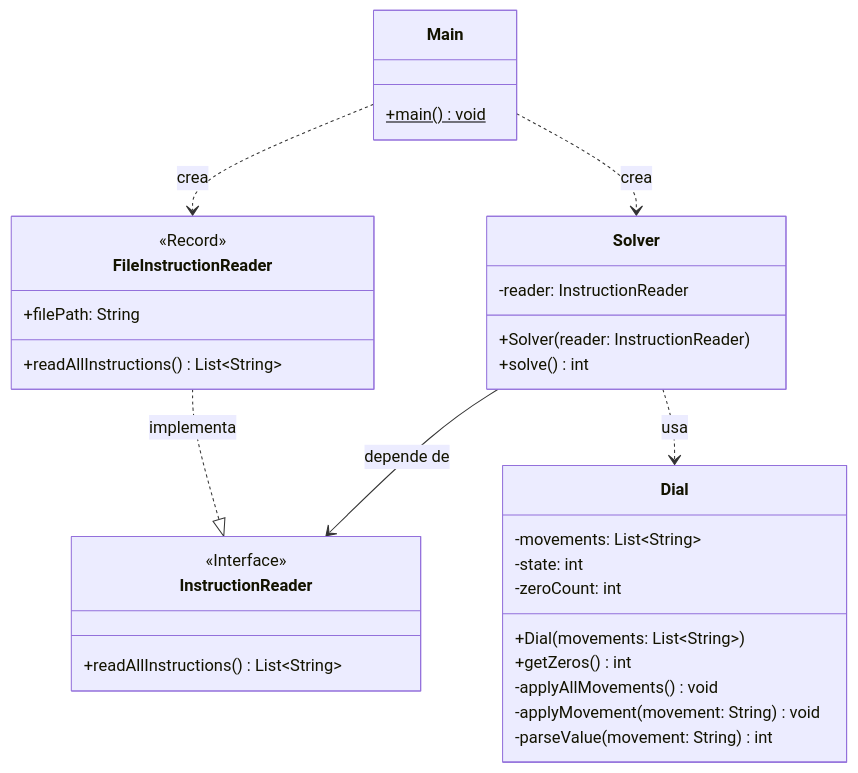
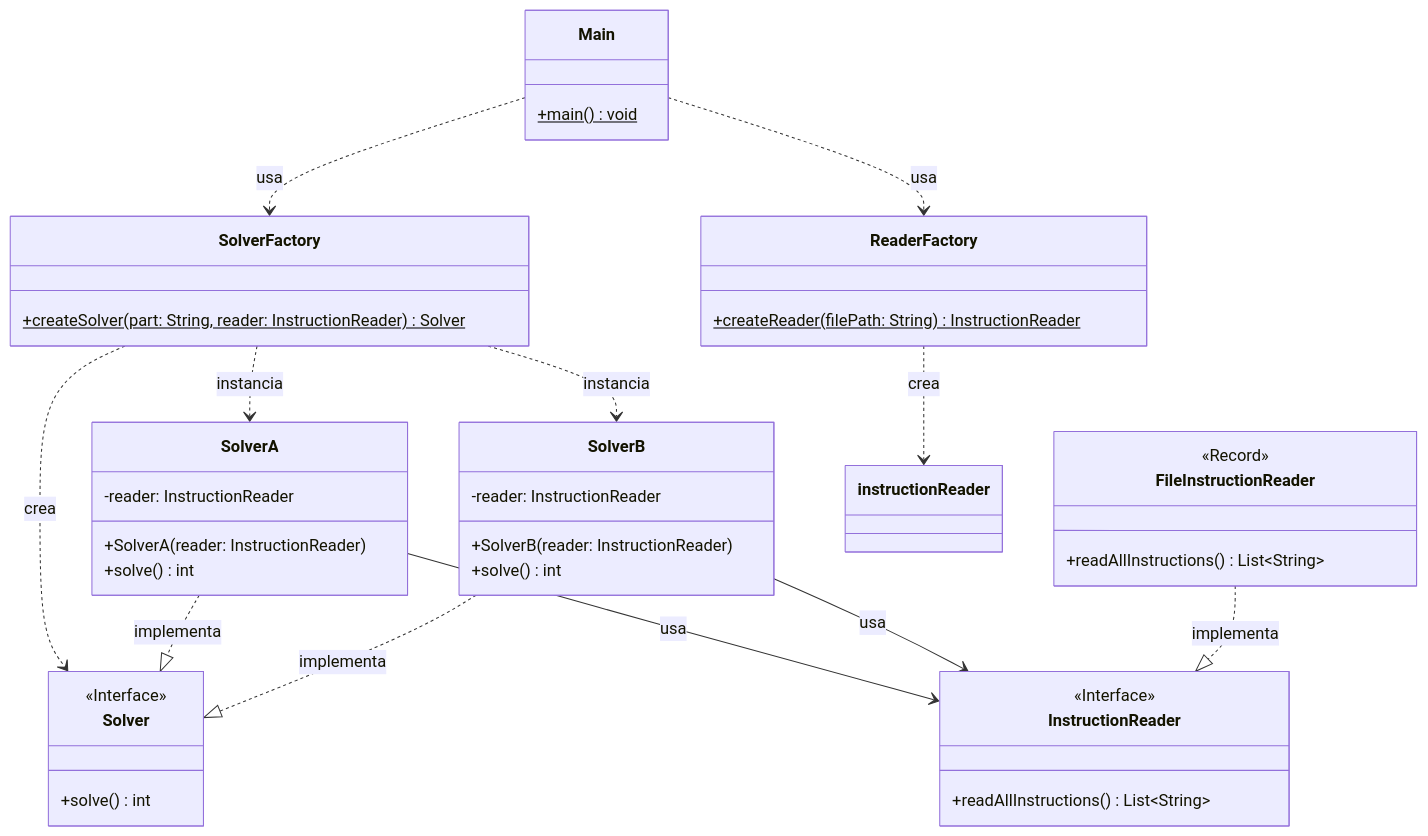
The diagram in README.md (Carlossr2401/AdventOfCode1-2025), drawn with Mermaid before and after one commit. The commit also changed other lines of this file and 14 other files, not shown here.

````diff
--- a/README.md
+++ b/README.md
@@ -45,40 +46,56 @@
 ```mermaid
 classDiagram
     class Main {
         +main() void$
     }
 
+    class SolverFactory {
+        +createSolver(part: String, reader: InstructionReader) Solver$
+    }
+
+    class ReaderFactory {
+        +createReader(filePath: String) InstructionReader$
+    }
+
     class Solver {
+        <<Interface>>
+        +solve() int
+    }
+
+    class SolverA {
         -reader: InstructionReader
-        +Solver(reader: InstructionReader)
+        +SolverA(reader: InstructionReader)
+        +solve() int
+    }
+
+    class SolverB {
+        -reader: InstructionReader
+        +SolverB(reader: InstructionReader)
         +solve() int
     }
 
     class InstructionReader {
         <<Interface>>
         +readAllInstructions() List~String~
     }
 
     class FileInstructionReader {
         <<Record>>
-        +filePath: String
         +readAllInstructions() List~String~
     }
 
-    class Dial {
-        -movements: List~String~
-        -state: int
-        -zeroCount: int
-        +Dial(movements: List~String~)
-        +getZeros() int
-        -applyAllMovements() void
-        -applyMovement(movement: String) void
-        -parseValue(movement: String) int
-    }
+    Main ..> SolverFactory : usa
+    Main ..> ReaderFactory : usa
+    SolverFactory ..> Solver : crea
+    SolverFactory ..> SolverA : instancia
+    SolverFactory ..> SolverB : instancia
 
-    Main ..> Solver : crea
-    Main ..> FileInstructionReader : crea
-    Solver --> InstructionReader : depende de
+    SolverA ..|> Solver : implementa
+    SolverB ..|> Solver : implementa
+
+    SolverA --> InstructionReader : usa
+    SolverB --> InstructionReader : usa
+
     FileInstructionReader ..|> InstructionReader : implementa
-    Solver ..> Dial : usa
+    ReaderFactory ..> instructionReader : crea
 ```
````
